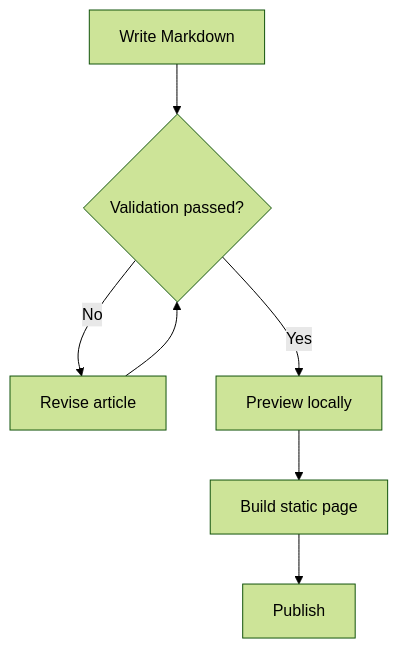
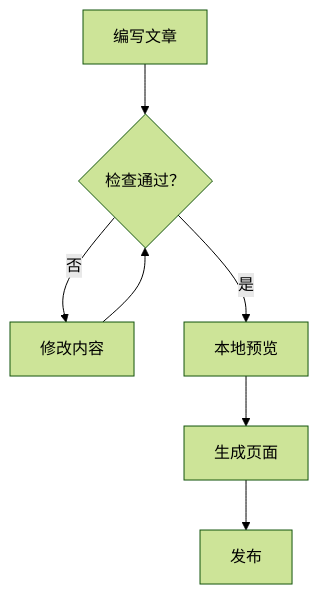
Before and after one commit to ynx-official/Shirone: the first of 14 diagrams in nuxt4/content/posts/markdown-mermaid.md, drawn with Mermaid (forest theme). The commit also changed other lines of this file and 99 other files, not shown here.

````diff
--- a/nuxt4/content/posts/markdown-mermaid.md
+++ b/nuxt4/content/posts/markdown-mermaid.md
@@ -17,11 +18,11 @@
 ```mermaid
 flowchart TD
-    accTitle: Article publishing workflow
-    accDescr: An article moves through writing, validation, preview, and build before publication. Failed validation returns it for revision.
-    Draft[Write Markdown] --> Check{Validation passed?}
-    Check -->|No| Revise[Revise article]
+    accTitle: 流程图示例
+    accDescr: 使用流程图说明博客中的信息关系与工作过程。
+    Draft[编写文章] --> Check{检查通过？}
+    Check -->|否| Revise[修改内容]
     Revise --> Check
-    Check -->|Yes| Preview[Preview locally]
-    Preview --> Build[Build static page]
-    Build --> Publish[Publish]
+    Check -->|是| Preview[本地预览]
+    Preview --> Build[生成页面]
+    Build --> Publish[发布]
 ```
````
